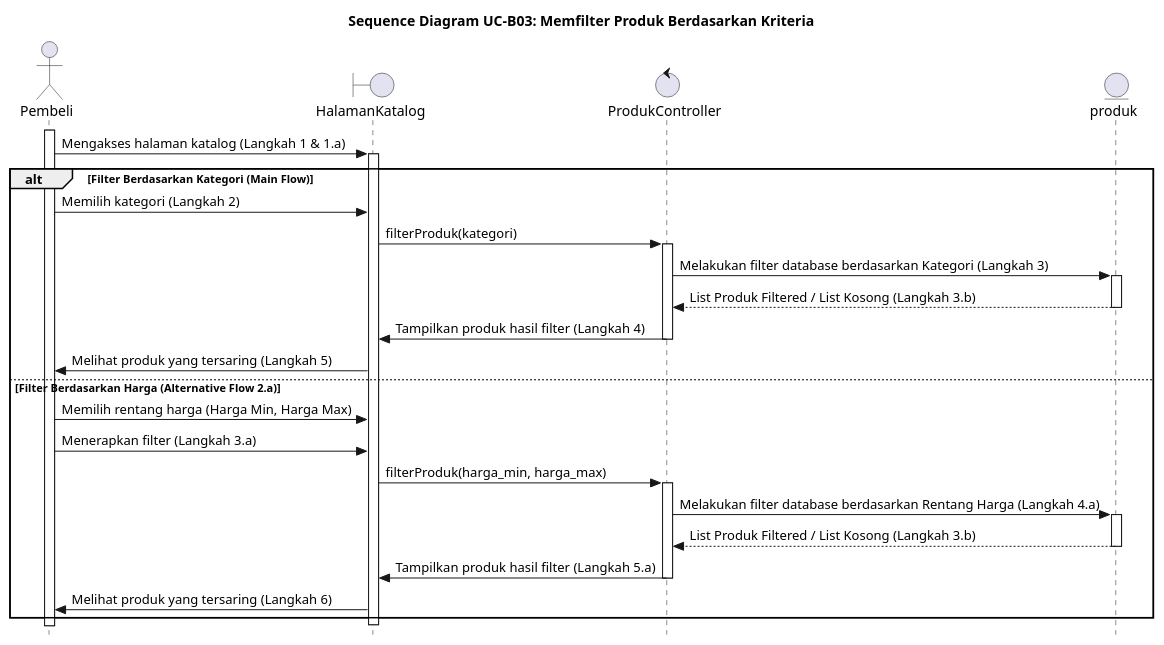
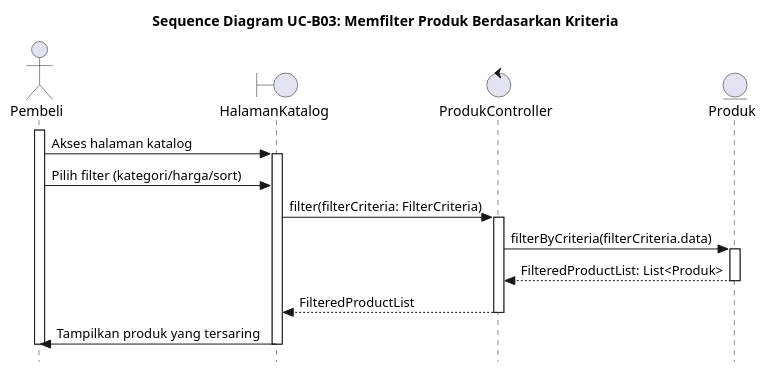
One commit to alfiahnurfa/RSI-PROYEK-AKHIR-SEQUENCE changed the diagram in UC-B03.PUML. Above: the diagram before and after it, drawn with PlantUML. The commit also changed 60 other files, not shown here.

```diff
--- a/UC-B03.PUML
+++ b/UC-B03.PUML
@@ -1,62 +1,31 @@
 @startuml SD-UC-B03_MemfilterProduk
 title Sequence Diagram UC-B03: Memfilter Produk Berdasarkan Kriteria
 skinparam style strictuml
 
 actor Pembeli
 boundary HalamanKatalog
 control ProdukController
-entity produk
-' box "Sistem Filter Katalog"
-'     participant HalamanKatalog
-'     participant ProdukController
-' end box
+entity Produk
 
 activate Pembeli
-Pembeli -> HalamanKatalog : Mengakses halaman katalog (Langkah 1 & 1.a)
+Pembeli -> HalamanKatalog : Akses halaman katalog
 activate HalamanKatalog
 
-alt Filter Berdasarkan Kategori (Main Flow)
-    Pembeli -> HalamanKatalog : Memilih kategori (Langkah 2)
-    HalamanKatalog -> ProdukController : filterProduk(kategori)
-    activate ProdukController
-    
-    ProdukController -> produk : Melakukan filter database berdasarkan Kategori (Langkah 3)
-    activate produk
-    return List Produk Filtered / List Kosong (Langkah 3.b)
-    deactivate produk
-    
-    ProdukController -> HalamanKatalog : Tampilkan produk hasil filter (Langkah 4)
+Pembeli -> HalamanKatalog : Pilih filter (kategori/harga/sort)
 
-    ' alt Hasil Ditemukan
-    ' else Hasil Tidak Ditemukan (Alternative Flow)
-    '     ProdukController -> HalamanKatalog : Tampilkan notifikasi("Tidak ada produk yang sesuai...")
-    ' end
-    deactivate ProdukController
-    
-    HalamanKatalog -> Pembeli : Melihat produk yang tersaring (Langkah 5)
-    
-else Filter Berdasarkan Harga (Alternative Flow 2.a)
-    Pembeli -> HalamanKatalog : Memilih rentang harga (Harga Min, Harga Max)
-    
-    Pembeli -> HalamanKatalog : Menerapkan filter (Langkah 3.a)
-    HalamanKatalog -> ProdukController : filterProduk(harga_min, harga_max)
-    activate ProdukController
+HalamanKatalog -> ProdukController : filter(filterCriteria: FilterCriteria)
+activate ProdukController
 
-    ProdukController -> produk : Melakukan filter database berdasarkan Rentang Harga (Langkah 4.a)
-    activate produk
-    return List Produk Filtered / List Kosong (Langkah 3.b)
-    deactivate produk
-    ProdukController -> HalamanKatalog : Tampilkan produk hasil filter (Langkah 5.a)
+ProdukController -> Produk : filterByCriteria(filterCriteria.data)
+activate Produk
+Produk --> ProdukController : FilteredProductList: List<Produk>
+deactivate Produk
 
-    ' alt Hasil Ditemukan
-    ' else Hasil Tidak Ditemukan (Alternative Flow)
-    '     ProdukController -> HalamanKatalog : Tampilkan notifikasi("Tidak ada produk yang sesuai...")
-    ' end
-    deactivate ProdukController
+ProdukController --> HalamanKatalog : FilteredProductList
+deactivate ProdukController
 
-    HalamanKatalog -> Pembeli : Melihat produk yang tersaring (Langkah 6)
-    
-end alt
+HalamanKatalog -> Pembeli : Tampilkan produk yang tersaring
 deactivate HalamanKatalog
+deactivate Pembeli
 
 @enduml
```
